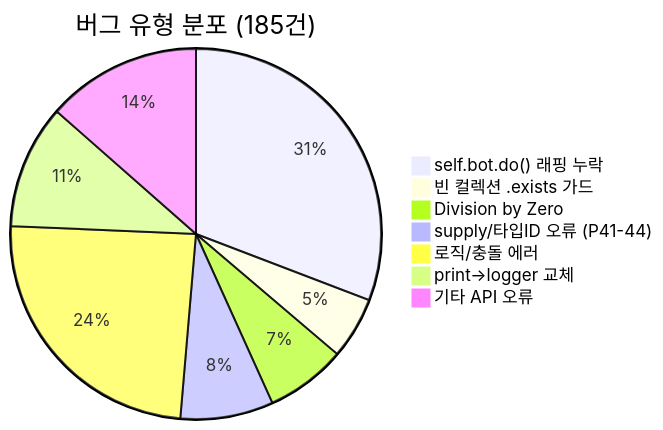
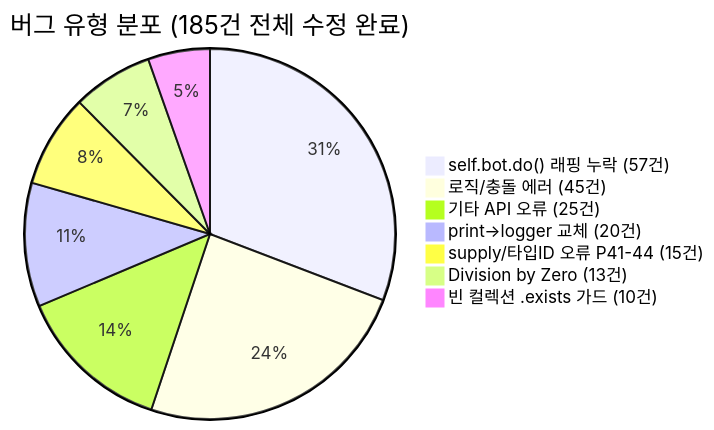
Before and after one commit to sun475300-sudo/Swarm-control-in-sc2bot: diagram 23 of 33 in README.md, drawn with Mermaid. The commit also changed other lines of this file, not shown here.

````diff
--- a/README.md
+++ b/README.md
@@ -1239,10 +1204,10 @@
 ```mermaid
-pie title 버그 유형 분포 (185건)
-    "self.bot.do() 래핑 누락" : 57
-    "빈 컬렉션 .exists 가드" : 10
-    "Division by Zero" : 13
-    "supply/타입ID 오류 (P41-44)" : 15
-    "로직/충돌 에러" : 45
-    "print→logger 교체" : 20
-    "기타 API 오류" : 25
+pie title 버그 유형 분포 (185건 전체 수정 완료)
+    "self.bot.do() 래핑 누락 (57건)" : 57
+    "로직/충돌 에러 (45건)" : 45
+    "기타 API 오류 (25건)" : 25
+    "print→logger 교체 (20건)" : 20
+    "supply/타입ID 오류 P41-44 (15건)" : 15
+    "Division by Zero (13건)" : 13
+    "빈 컬렉션 .exists 가드 (10건)" : 10
 ```
````
